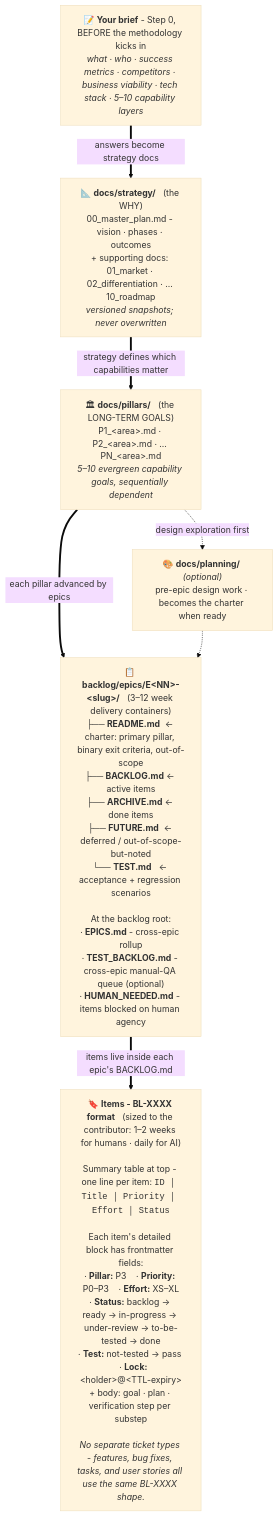
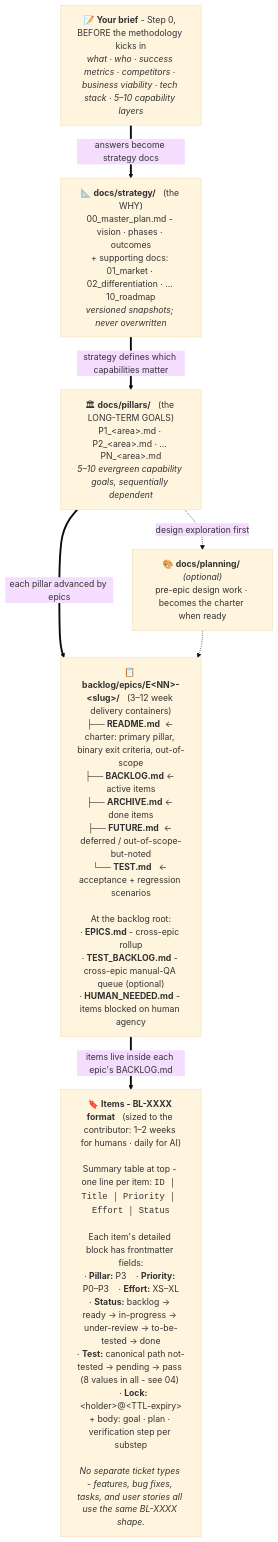
The second of 2 diagrams in README.md (Korner83/ai-development-methodology), drawn with Mermaid (base theme) before and after one commit. The commit also changed other lines of this file and 41 other files, not shown here.

First line of the commit message:
docs: external audit remediation — one answer per rule (v1.32.0) (#35)

````diff
--- a/README.md
+++ b/README.md
@@ -161,23 +161,23 @@
 ```mermaid
 flowchart TB
     BRIEF["📝 <b>Your brief</b> - Step 0, BEFORE the methodology kicks in<br/><i>what · who · success metrics · competitors · business viability · tech stack · 5–10 capability layers</i>"]
 
     BRIEF ==>|"answers become strategy docs"| STRAT
 
     STRAT["📐 <b>docs/strategy/</b> &nbsp; (the WHY)<br/>00_master_plan.md - vision · phases · outcomes<br/>+ supporting docs: 01_market · 02_differentiation · ... 10_roadmap<br/><i>versioned snapshots; never overwritten</i>"]
 
     STRAT ==>|"strategy defines which capabilities matter"| PIL
 
     PIL["🏛 <b>docs/pillars/</b> &nbsp; (the LONG-TERM GOALS)<br/>P1_&lt;area&gt;.md · P2_&lt;area&gt;.md · ... PN_&lt;area&gt;.md<br/><i>5–10 evergreen capability goals, sequentially dependent</i>"]
 
     PIL ==>|"each pillar advanced by epics"| EPICS
     PIL -.->|"design exploration first"| PLAN
     PLAN["🎨 <b>docs/planning/</b> <i>(optional)</i><br/>pre-epic design work · becomes the charter when ready"]
     PLAN -.-> EPICS
 
     EPICS["📋 <b>backlog/epics/E&lt;NN&gt;-&lt;slug&gt;/</b> &nbsp; (3–12 week delivery containers)<br/>├── <b>README.md</b> &nbsp;← charter: primary pillar, binary exit criteria, out-of-scope<br/>├── <b>BACKLOG.md</b> ← active items<br/>├── <b>ARCHIVE.md</b> ← done items<br/>├── <b>FUTURE.md</b> &nbsp;← deferred / out-of-scope-but-noted<br/>└── <b>TEST.md</b> &nbsp; ← acceptance + regression scenarios<br/><br/>At the backlog root:<br/>· <b>EPICS.md</b> - cross-epic rollup<br/>· <b>TEST_BACKLOG.md</b> - cross-epic manual-QA queue (optional)<br/>· <b>HUMAN_NEEDED.md</b> - items blocked on human agency"]
 
     EPICS ==>|"items live inside each epic's BACKLOG.md"| ITEMS
 
-    ITEMS["🔖 <b>Items - BL-XXXX format</b> &nbsp; (sized to the contributor: 1–2 weeks for humans · daily for AI)<br/><br/>Summary table at top - one line per item: <code>ID │ Title │ Priority │ Effort │ Status</code><br/><br/>Each item's detailed block has frontmatter fields:<br/>· <b>Pillar:</b> P3 &nbsp;&nbsp; · <b>Priority:</b> P0–P3 &nbsp;&nbsp; · <b>Effort:</b> XS–XL<br/>· <b>Status:</b> backlog → ready → in-progress → under-review → to-be-tested → done<br/>· <b>Test:</b> not-tested → pass &nbsp;&nbsp; · <b>Lock:</b> &lt;holder&gt;@&lt;TTL-expiry&gt;<br/>+ body: goal · plan · verification step per substep<br/><br/><i>No separate ticket types - features, bug fixes, tasks, and user stories all use the same BL-XXXX shape.</i>"]
+    ITEMS["🔖 <b>Items - BL-XXXX format</b> &nbsp; (sized to the contributor: 1–2 weeks for humans · daily for AI)<br/><br/>Summary table at top - one line per item: <code>ID │ Title │ Priority │ Effort │ Status</code><br/><br/>Each item's detailed block has frontmatter fields:<br/>· <b>Pillar:</b> P3 &nbsp;&nbsp; · <b>Priority:</b> P0–P3 &nbsp;&nbsp; · <b>Effort:</b> XS–XL<br/>· <b>Status:</b> backlog → ready → in-progress → under-review → to-be-tested → done<br/>· <b>Test:</b> canonical path not-tested → pending → pass (8 values in all - see 04) &nbsp;&nbsp; · <b>Lock:</b> &lt;holder&gt;@&lt;TTL-expiry&gt;<br/>+ body: goal · plan · verification step per substep<br/><br/><i>No separate ticket types - features, bug fixes, tasks, and user stories all use the same BL-XXXX shape.</i>"]
 ```
````
